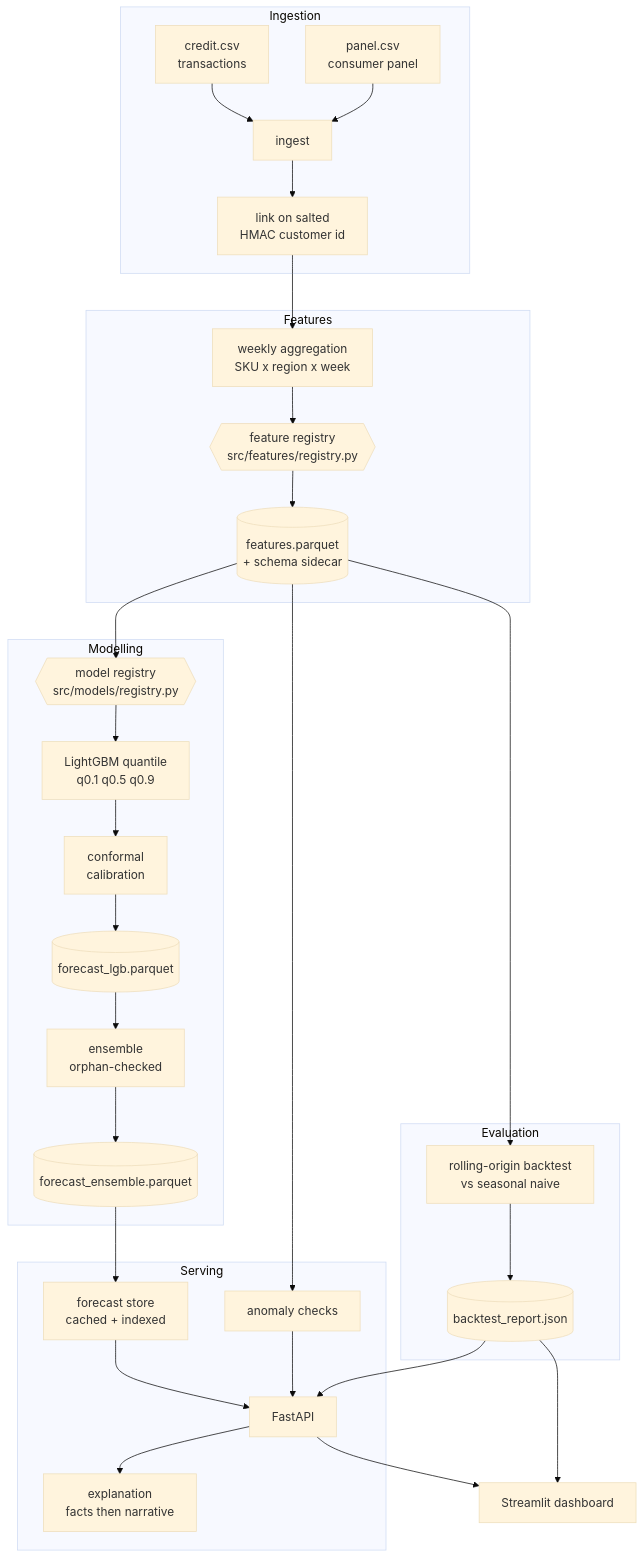
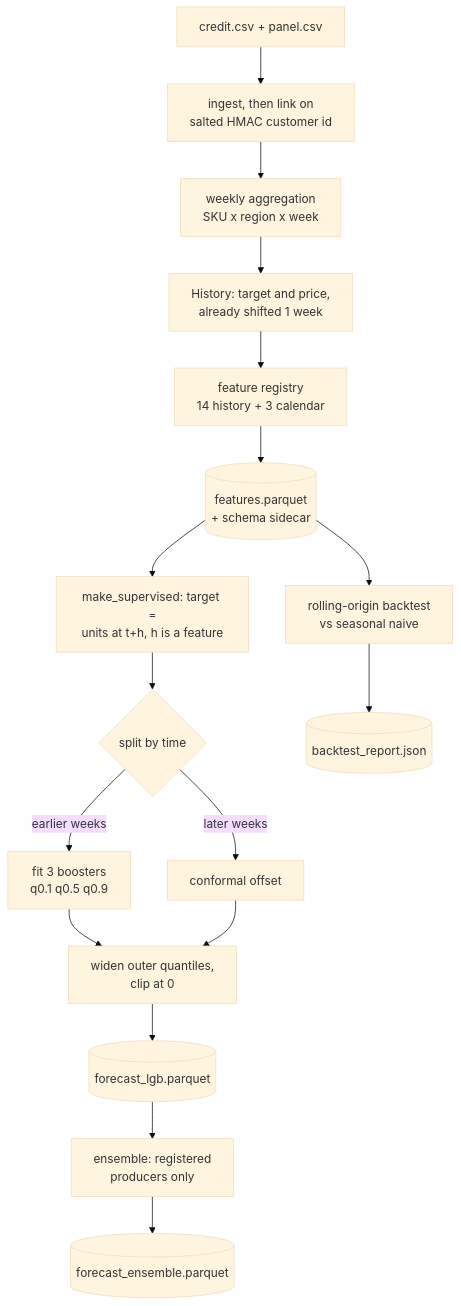
The diagram in README.md (dev-sas002/sales-forecast-ensemble), drawn with Mermaid (base theme) before and after one commit. The commit also changed other lines of this file, not shown here.

````diff
--- a/README.md
+++ b/README.md
@@ -58,40 +74,14 @@
 ```mermaid
-flowchart TB
-    subgraph Ingestion
-        C[credit.csv<br/>transactions] --> I[ingest]
-        P[panel.csv<br/>consumer panel] --> I
-        I --> L[link on salted<br/>HMAC customer id]
-    end
-
-    subgraph Features
-        L --> W[weekly aggregation<br/>SKU x region x week]
-        W --> FR{{feature registry<br/>src/features/registry.py}}
-        FR --> FT[(features.parquet<br/>+ schema sidecar)]
-    end
-
-    subgraph Modelling
-        FT --> MR{{model registry<br/>src/models/registry.py}}
-        MR --> LGB[LightGBM quantile<br/>q0.1 q0.5 q0.9]
-        LGB --> CAL[conformal<br/>calibration]
-        CAL --> FC[(forecast_lgb.parquet)]
-        FC --> ENS[ensemble<br/>orphan-checked]
-        ENS --> EF[(forecast_ensemble.parquet)]
-    end
-
-    subgraph Evaluation
-        FT --> BT[rolling-origin backtest<br/>vs seasonal naive]
-        BT --> RPT[(backtest_report.json)]
-    end
-
-    subgraph Serving
-        EF --> ST[forecast store<br/>cached + indexed]
-        ST --> API[FastAPI]
-        FT --> AQ[anomaly checks]
-        AQ --> API
-        RPT --> API
-        API --> EX[explanation<br/>facts then narrative]
-    end
-
-    API --> DASH[Streamlit dashboard]
-    RPT --> DASH
+flowchart TD
+    CSV[credit.csv + panel.csv] --> LNK[ingest, then link on<br/>salted HMAC customer id]
+    LNK --> WK[weekly aggregation<br/>SKU x region x week]
+    WK --> HIST[History: target and price,<br/>already shifted 1 week] --> REG[feature registry<br/>14 history + 3 calendar]
+    REG --> FT[(features.parquet<br/>+ schema sidecar)]
+    FT --> SUP[make_supervised: target =<br/>units at t+h, h is a feature] --> SPLIT{split by time}
+    SPLIT -->|earlier weeks| FIT[fit 3 boosters<br/>q0.1 q0.5 q0.9]
+    SPLIT -->|later weeks| CAL[conformal offset]
+    FIT --> W[widen outer quantiles,<br/>clip at 0]
+    CAL --> W
+    W --> FC[(forecast_lgb.parquet)] --> ENS[ensemble: registered<br/>producers only] --> OUT[(forecast_ensemble.parquet)]
+    FT --> BT[rolling-origin backtest<br/>vs seasonal naive] --> RPT[(backtest_report.json)]
 ```
````
